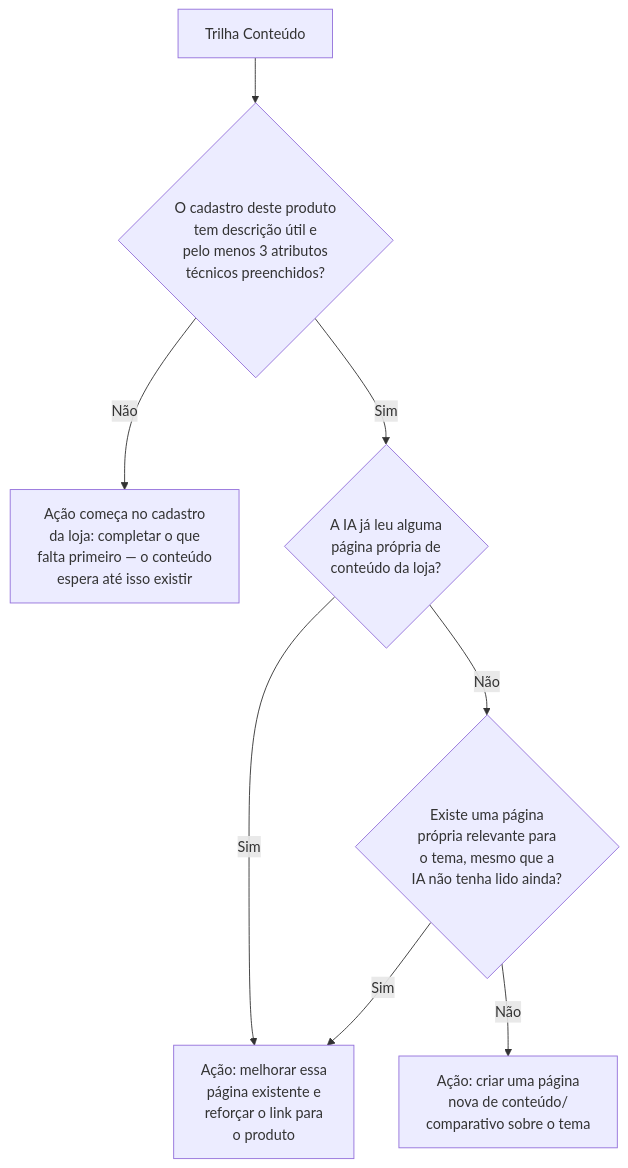
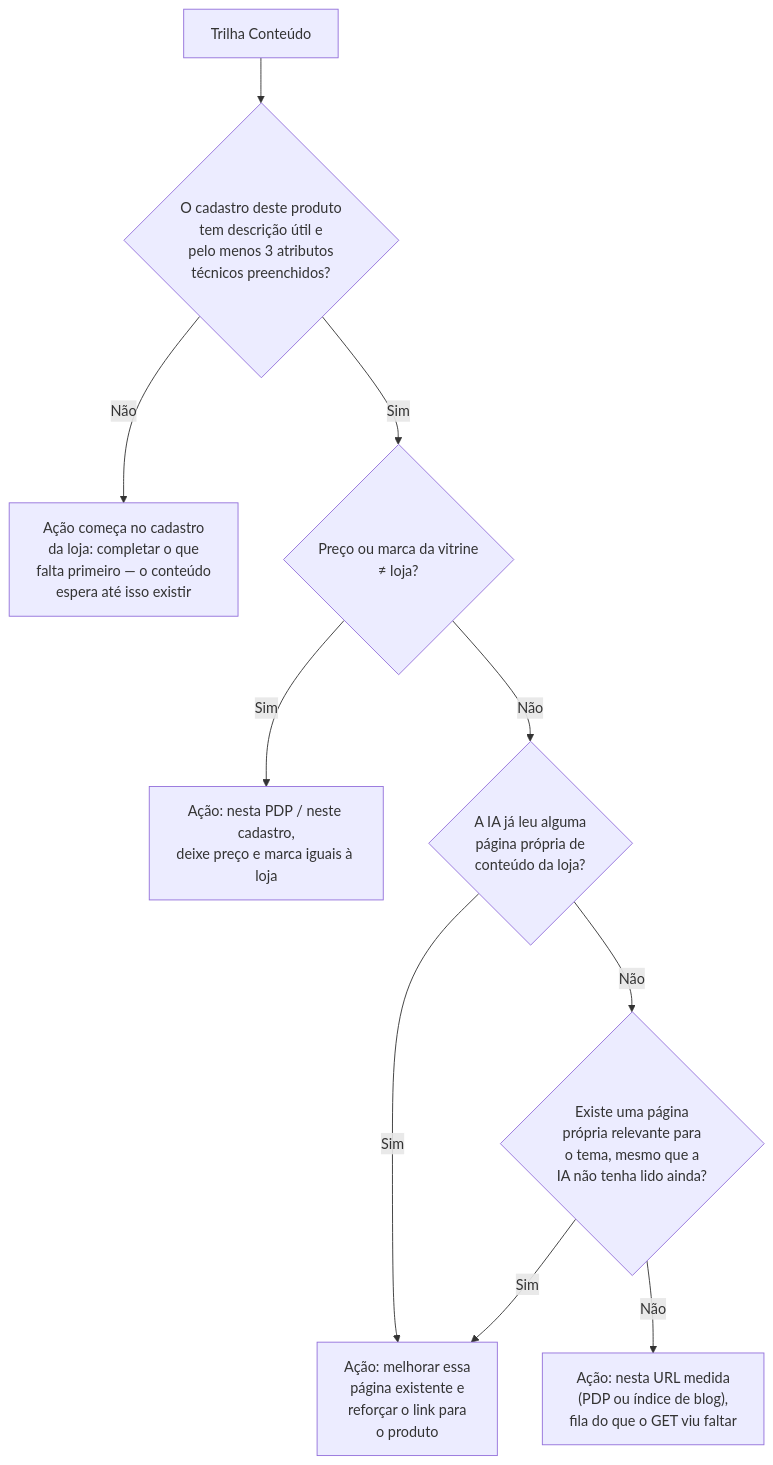
Before and after one commit to PedroTodorovski/rint-visibility: the eighth of 13 diagrams in docs/MAPA-DO-DIAGNOSTICO.md, drawn with Mermaid. The commit also changed other lines of this file and 40 other files, not shown here.

````diff
--- a/docs/MAPA-DO-DIAGNOSTICO.md
+++ b/docs/MAPA-DO-DIAGNOSTICO.md
@@ -234,10 +253,12 @@
 ```mermaid
 flowchart TD
     A[Trilha Conteúdo] --> B{O cadastro deste produto\ntem descrição útil e\npelo menos 3 atributos\ntécnicos preenchidos?}
     B -->|Não| M1["Ação começa no cadastro\nda loja: completar o que\nfalta primeiro — o conteúdo\nespera até isso existir"]
-    B -->|Sim| C{A IA já leu alguma\npágina própria de\nconteúdo da loja?}
+    B -->|Sim| I{Preço ou marca da vitrine\n≠ loja?}
+    I -->|Sim| M0["Ação: nesta PDP / neste cadastro,\ndeixe preço e marca iguais à loja"]
+    I -->|Não| C{A IA já leu alguma\npágina própria de\nconteúdo da loja?}
     C -->|Sim| M2["Ação: melhorar essa\npágina existente e\nreforçar o link para\no produto"]
     C -->|Não| D{Existe uma página\nprópria relevante para\no tema, mesmo que a\nIA não tenha lido ainda?}
     D -->|Sim| M2
-    D -->|Não| M3["Ação: criar uma página\nnova de conteúdo/\ncomparativo sobre o tema"]
+    D -->|Não| M3["Ação: nesta URL medida\n(PDP ou índice de blog),\nfila do que o GET viu faltar"]
 ```
````
